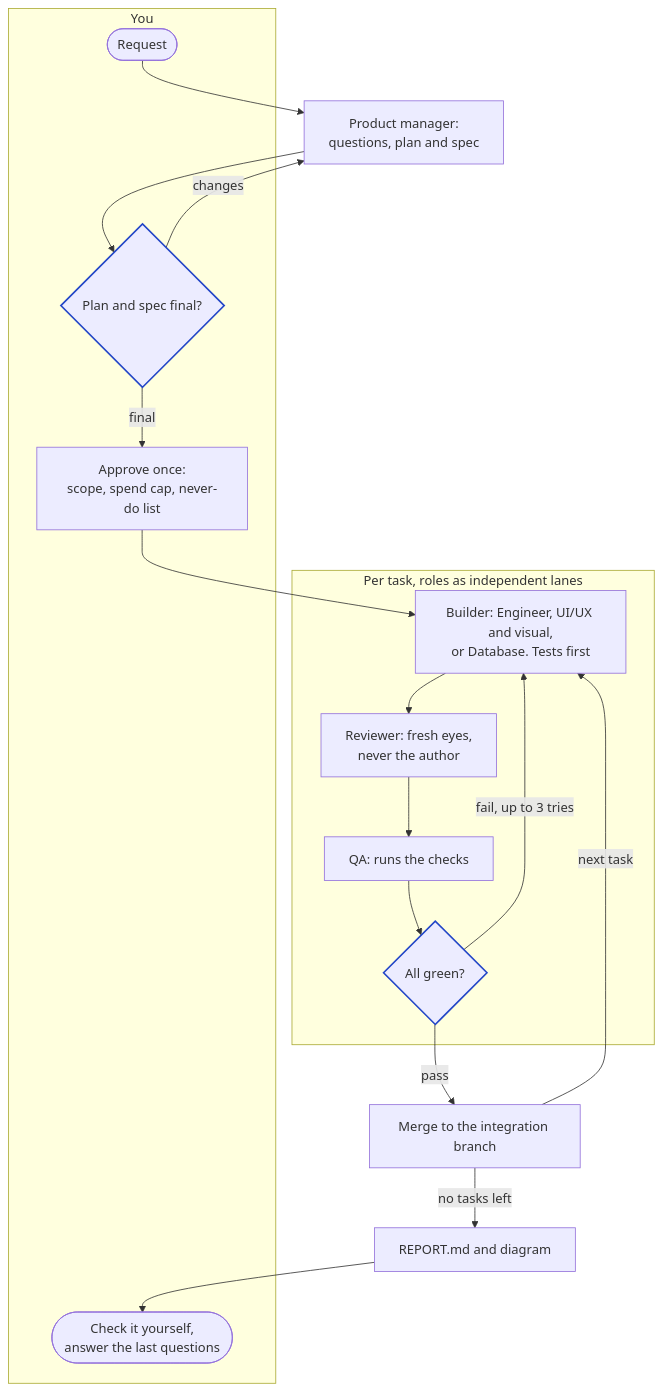
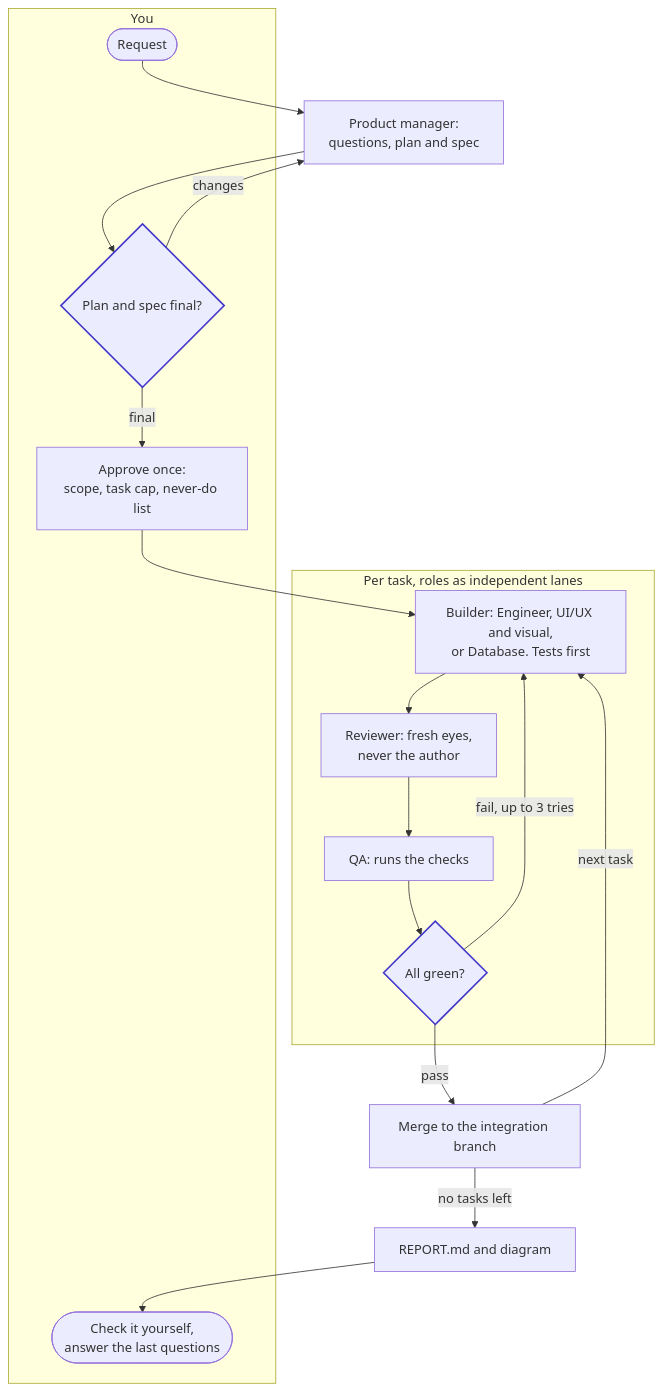
Before and after one commit to bilawalbaig8/hire-an-engineer: the diagram in README.md, drawn with Mermaid. The commit also changed other lines of this file and 19 other files, not shown here.

````diff
--- a/README.md
+++ b/README.md
@@ -149,27 +226,27 @@
 ```mermaid
 flowchart TD
   subgraph YOU["You"]
     A(["Request"])
     C{"Plan and spec final?"}
-    D["Approve once:<br/>scope, spend cap, never-do list"]
+    D["Approve once:<br/>scope, task cap, never-do list"]
     J(["Check it yourself,<br/>answer the last questions"])
   end
   B["Product manager:<br/>questions, plan and spec"]
   subgraph LOOP["Per task, roles as independent lanes"]
     E["Builder: Engineer, UI/UX and visual,<br/>or Database. Tests first"]
     F["Reviewer: fresh eyes,<br/>never the author"]
     G["QA: runs the checks"]
     H{"All green?"}
   end
   M["Merge to the integration branch"]
   R["REPORT.md and diagram"]
   A --> B --> C
   C -- "changes" --> B
   C -- "final" --> D --> E --> F --> G --> H
   H -- "pass" --> M
   M -- "next task" --> E
   H -- "fail, up to 3 tries" --> E
   M -- "no tasks left" --> R --> J
-  classDef gate stroke:#2346c7,stroke-width:2px
+  classDef gate stroke:#4338ca,stroke-width:2px
   class C,H gate
 ```
````
